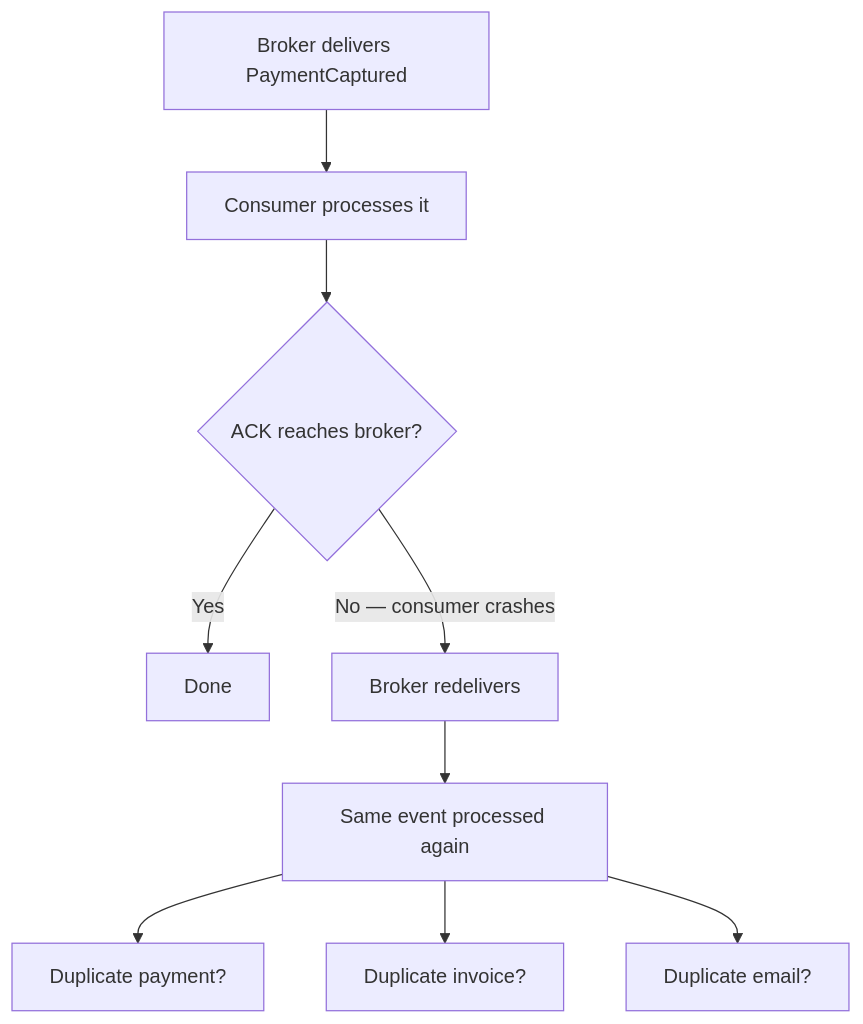
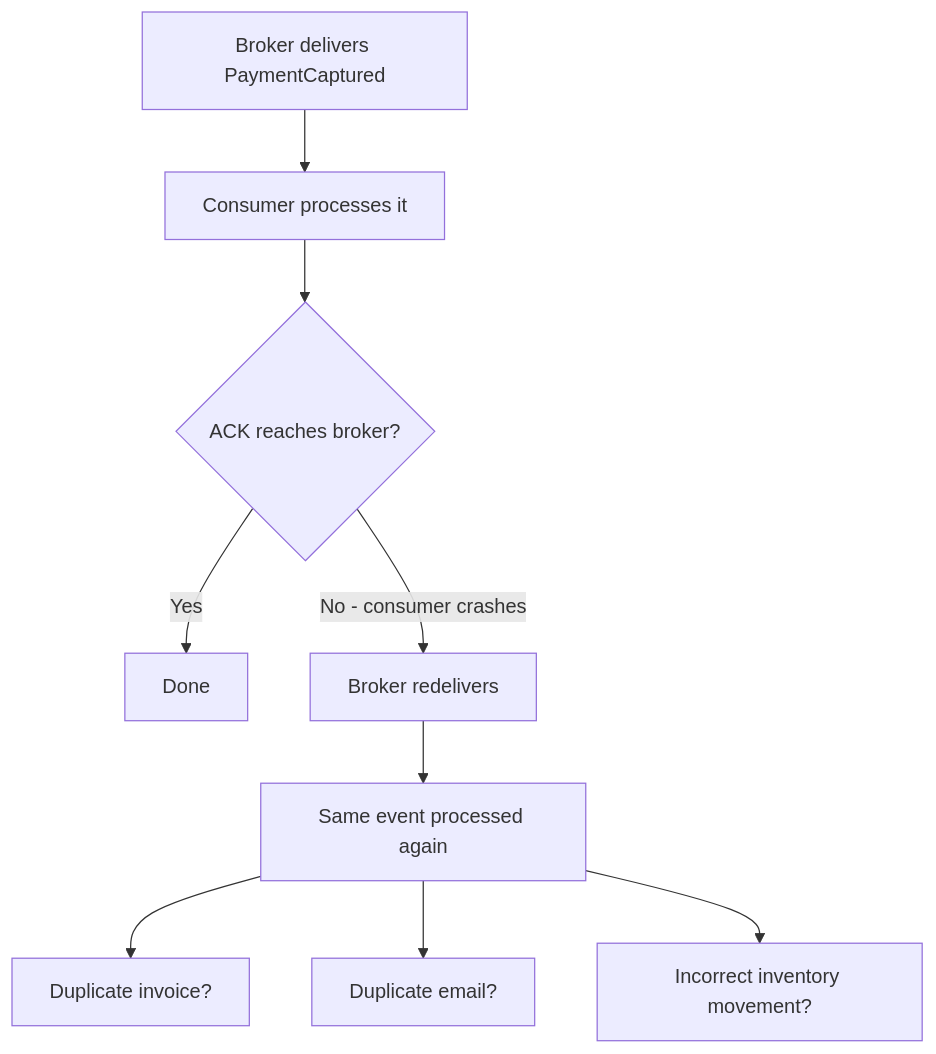
Before and after one commit to yoosuf/yoosuf.github.io: the first of 20 diagrams in _posts/2026-09-14-10-event-driven-architecture-questions.md, drawn with Mermaid. The commit also changed other lines of this file, not shown here.

Commit message:
Rewrite event-driven post: convert text flows to diagrams and bulleted lists

````diff
--- a/_posts/2026-09-14-10-event-driven-architecture-questions.md
+++ b/_posts/2026-09-14-10-event-driven-architecture-questions.md
@@ -37,11 +37,11 @@
 ```mermaid
 flowchart TD
     A[Broker delivers PaymentCaptured] --> B[Consumer processes it]
     B --> C{ACK reaches broker?}
     C -->|Yes| D[Done]
-    C -->|No — consumer crashes| E[Broker redelivers]
+    C -->|No - consumer crashes| E[Broker redelivers]
     E --> F[Same event processed again]
-    F --> G[Duplicate payment?]
-    F --> H[Duplicate invoice?]
-    F --> I[Duplicate email?]
+    F --> G[Duplicate invoice?]
+    F --> H[Duplicate email?]
+    F --> I[Incorrect inventory movement?]
 ```
````
